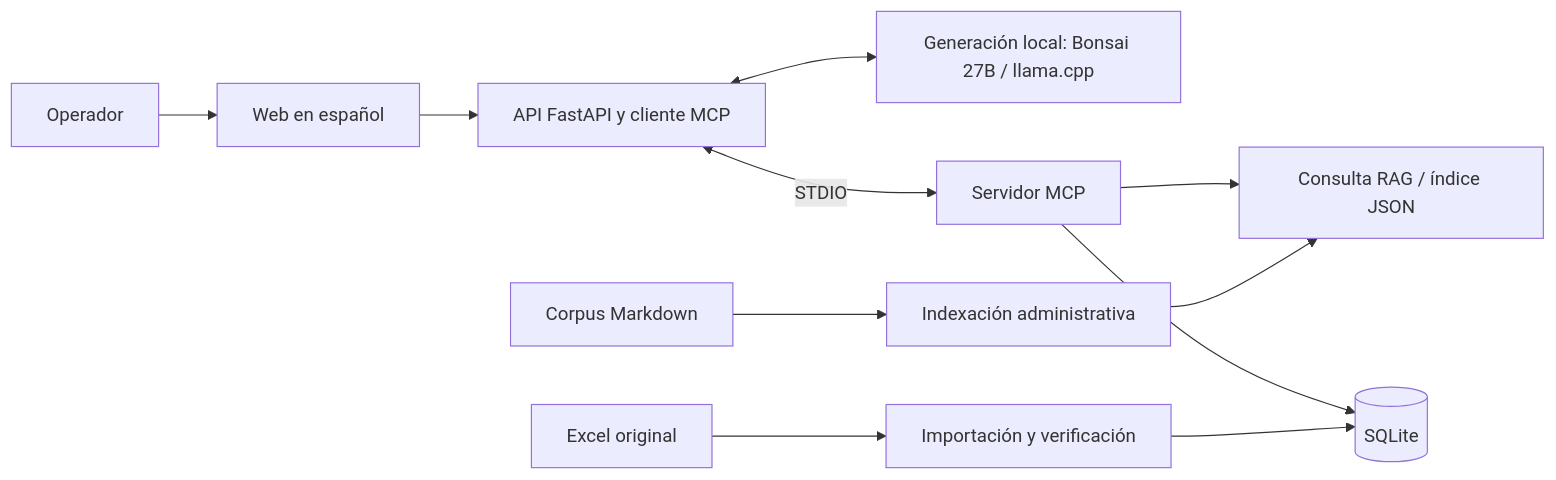
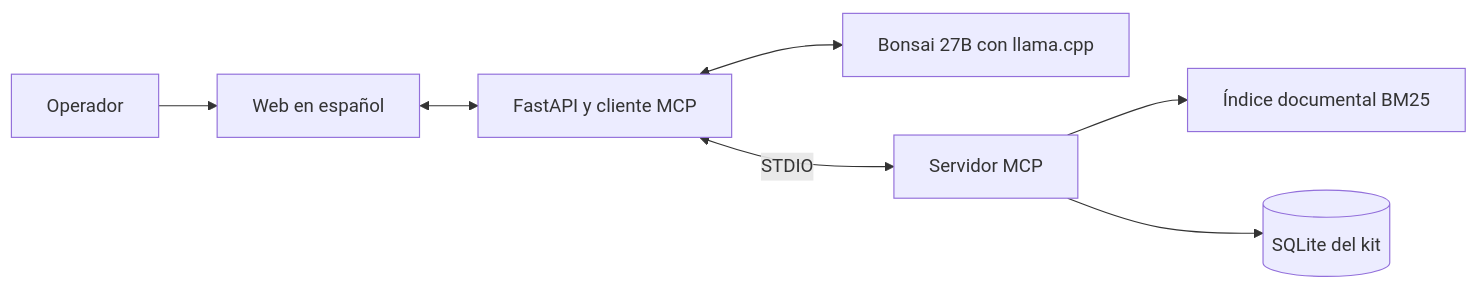
One commit to franciscameyer/LLM_E3 changed the first of 2 diagrams in INFORME_ENTREGA_3.md. Above: the diagram before and after it, drawn with Mermaid. The commit also changed other lines of this file and 15 other files, not shown here.

````diff
--- a/INFORME_ENTREGA_3.md
+++ b/INFORME_ENTREGA_3.md
@@ -175,13 +119,9 @@
 ```mermaid
 flowchart LR
     U[Operador] --> W[Web en español]
-    W --> A[API FastAPI y cliente MCP]
-    A <--> G[Generación local: Bonsai 27B / llama.cpp]
+    W <--> A[FastAPI y cliente MCP]
+    A <--> G[Bonsai 27B con llama.cpp]
     A <-->|STDIO| M[Servidor MCP]
-    M --> R[Consulta RAG / índice JSON]
-    M --> D[(SQLite)]
-    K[Corpus Markdown] --> I[Indexación administrativa]
-    I --> R
-    X[Excel original] --> C[Importación y verificación]
-    C --> D
+    M --> R[Índice documental BM25]
+    M --> D[(SQLite del kit)]
 ```
````
